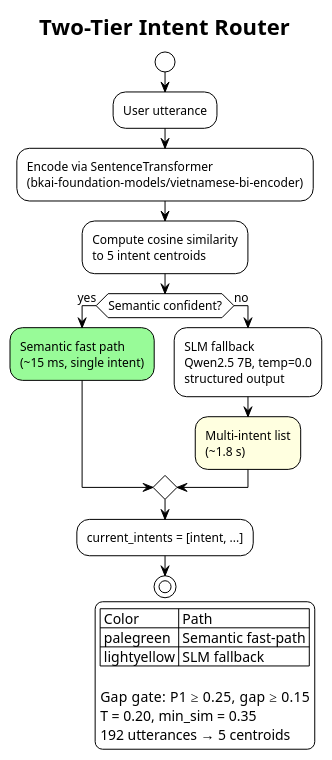
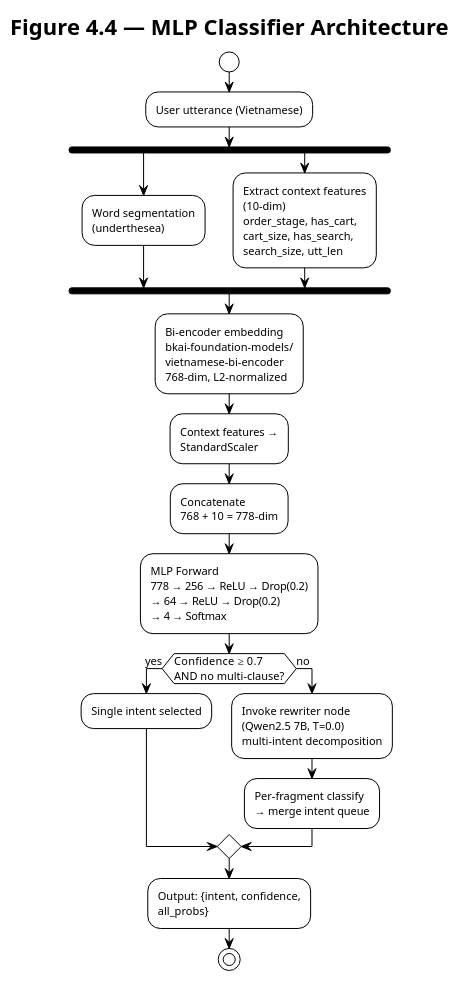
The third of 10 diagrams in docs/thesis/diagram.md (ThinhQuocLe007/AIWaiter), drawn with PlantUML before and after one commit. The commit also changed other lines of this file and 6 other files, not shown here.

````diff
--- a/docs/thesis/diagram.md
+++ b/docs/thesis/diagram.md
@@ -487,37 +695,38 @@
 ```plantuml
 @startuml
 !theme plain
 skinparam backgroundColor #FFFFFF
-skinparam defaultFontSize 12
+skinparam defaultFontSize 11
 
-title Two-Tier Intent Router
+title Figure 4.4 — MLP Classifier Architecture
 
 start
-:User utterance;
+:User utterance (Vietnamese);
 
-:Encode via SentenceTransformer\n(bkai-foundation-models/vietnamese-bi-encoder);
-:Compute cosine similarity\nto 5 intent centroids;
+fork
+  :Word segmentation\n(underthesea);
+fork again
+  :Extract context features\n(10-dim)\norder_stage, has_cart,\ncart_size, has_search,\nsearch_size, utt_len;
+end fork
 
-if (Semantic confident?) then (yes)
-  #palegreen:Semantic fast path\n(~15 ms, single intent);
+:Bi-encoder embedding\nbkai-foundation-models/\nvietnamese-bi-encoder\n768-dim, L2-normalized;
+
+:Context features →\nStandardScaler;
+
+:Concatenate\n768 + 10 = 778-dim;
+
+:MLP Forward\n778 → 256 → ReLU → Drop(0.2)\n→ 64 → ReLU → Drop(0.2)\n→ 4 → Softmax;
+
+if (Confidence ≥ 0.7\nAND no multi-clause?) then (yes)
+  :Single intent selected;
 else (no)
-  :SLM fallback\nQwen2.5 7B, temp=0.0\nstructured output;
-  #lightyellow:Multi-intent list\n(~1.8 s);
+  :Invoke rewriter node\n(Qwen2.5 7B, T=0.0)\nmulti-intent decomposition;
+  :Per-fragment classify\n→ merge intent queue;
 endif
 
-:current_intents = [intent, ...];
+:Output: {intent, confidence,\nall_probs};
 
 stop
 
-legend right
-  | Color | Path |
-  | palegreen | Semantic fast-path |
-  | lightyellow | SLM fallback |
-
-  Gap gate: P1 ≥ 0.25, gap ≥ 0.15
-  T = 0.20, min_sim = 0.35
-  192 utterances → 5 centroids
-endlegend
-
 @enduml
 ```
````
